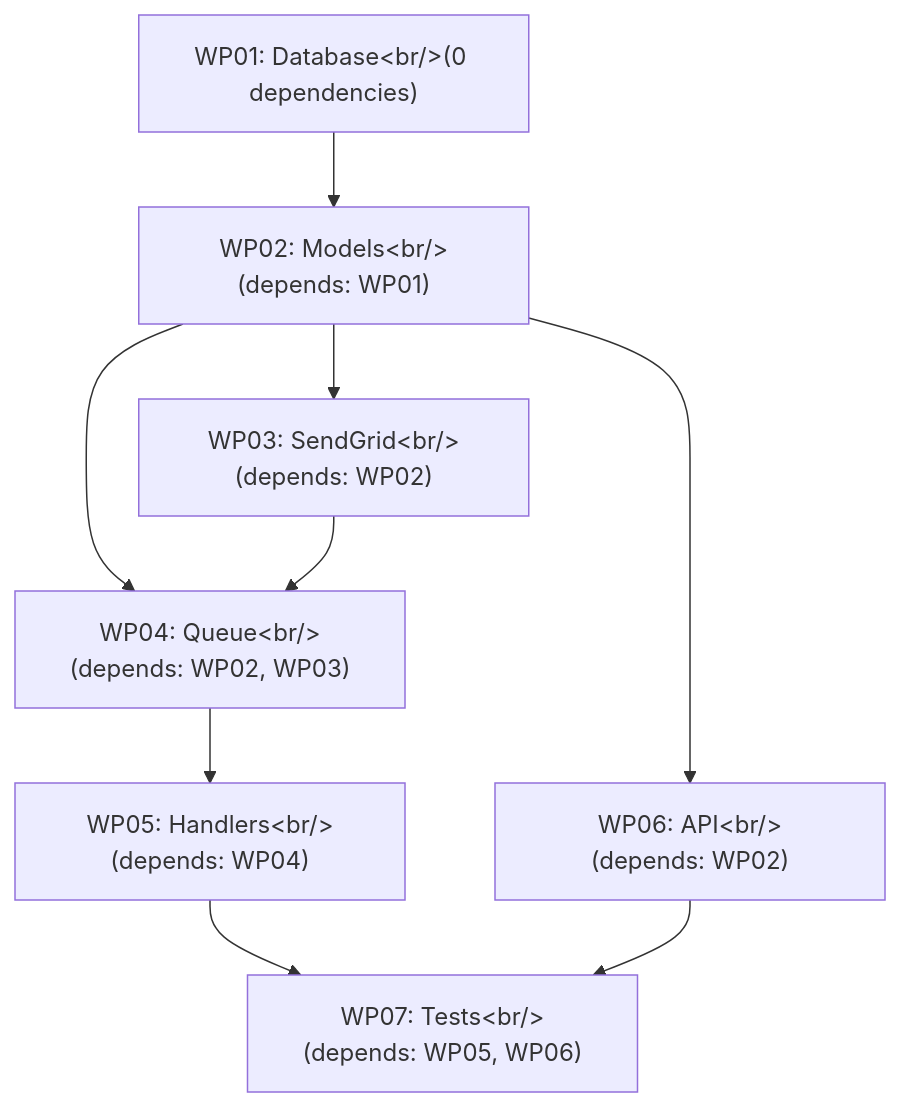
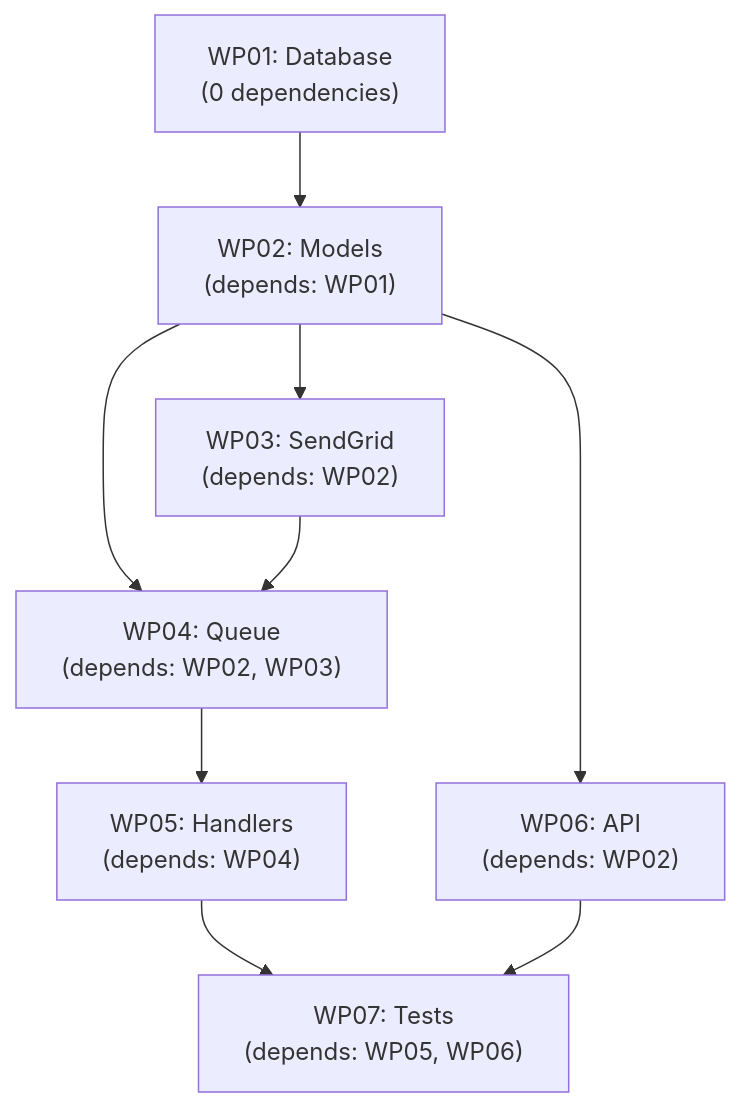
The diagram in docs/workflow/tasks.md (KooshaPari/HexaKit), drawn with Mermaid before and after one commit. The commit also changed 203 other files, not shown here.

````diff
--- a/docs/workflow/tasks.md
+++ b/docs/workflow/tasks.md
@@ -245,23 +245,23 @@
 ```mermaid
 graph TD
-    WP01["WP01: Database&lt;br/&gt;(0 dependencies)"]
+    WP01["WP01: Database<br/>(0 dependencies)"]
 
-    WP02["WP02: Models&lt;br/&gt;(depends: WP01)"]
+    WP02["WP02: Models<br/>(depends: WP01)"]
 
-    WP03["WP03: SendGrid&lt;br/&gt;(depends: WP02)"]
-    WP04["WP04: Queue&lt;br/&gt;(depends: WP02, WP03)"]
-    WP06["WP06: API&lt;br/&gt;(depends: WP02)"]
+    WP03["WP03: SendGrid<br/>(depends: WP02)"]
+    WP04["WP04: Queue<br/>(depends: WP02, WP03)"]
+    WP06["WP06: API<br/>(depends: WP02)"]
 
-    WP05["WP05: Handlers&lt;br/&gt;(depends: WP04)"]
+    WP05["WP05: Handlers<br/>(depends: WP04)"]
 
-    WP07["WP07: Tests&lt;br/&gt;(depends: WP05, WP06)"]
+    WP07["WP07: Tests<br/>(depends: WP05, WP06)"]
 
     WP01 --> WP02
     WP02 --> WP03
     WP02 --> WP04
     WP02 --> WP06
     WP03 --> WP04
     WP04 --> WP05
     WP05 --> WP07
     WP06 --> WP07
 ```
````
